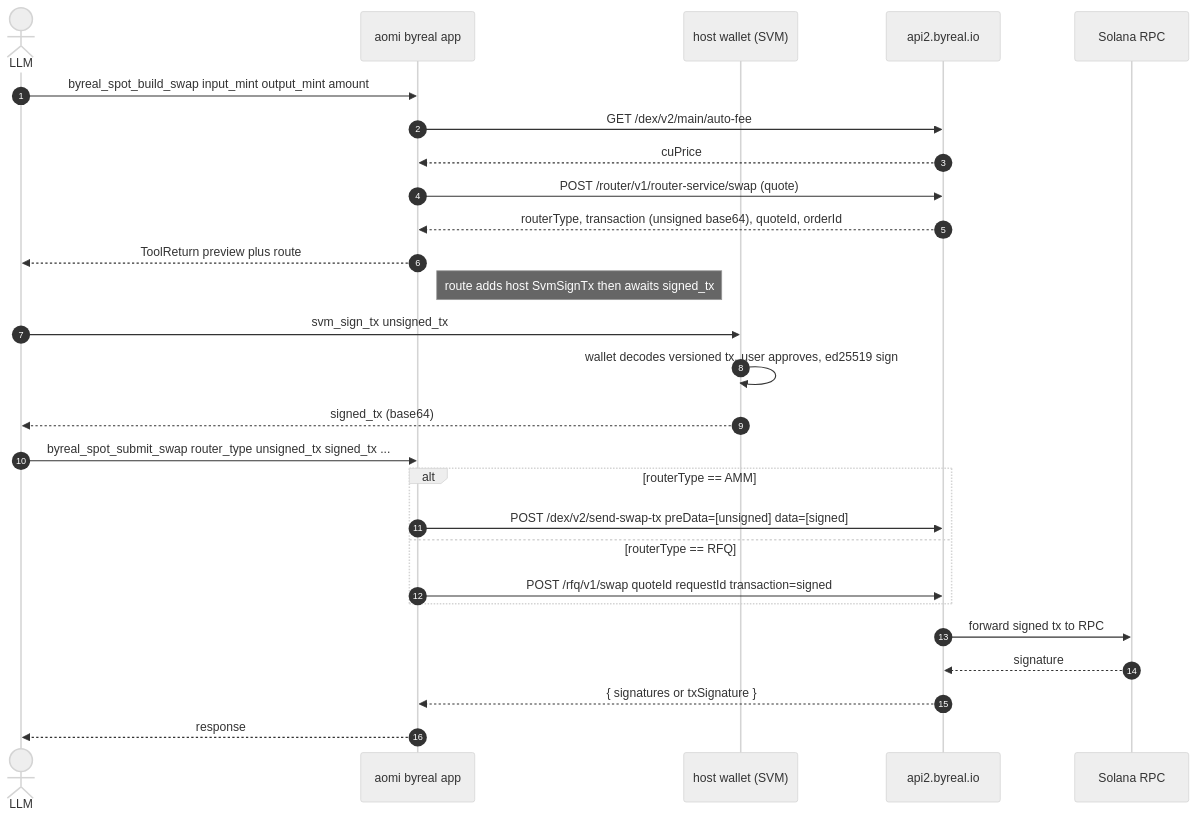
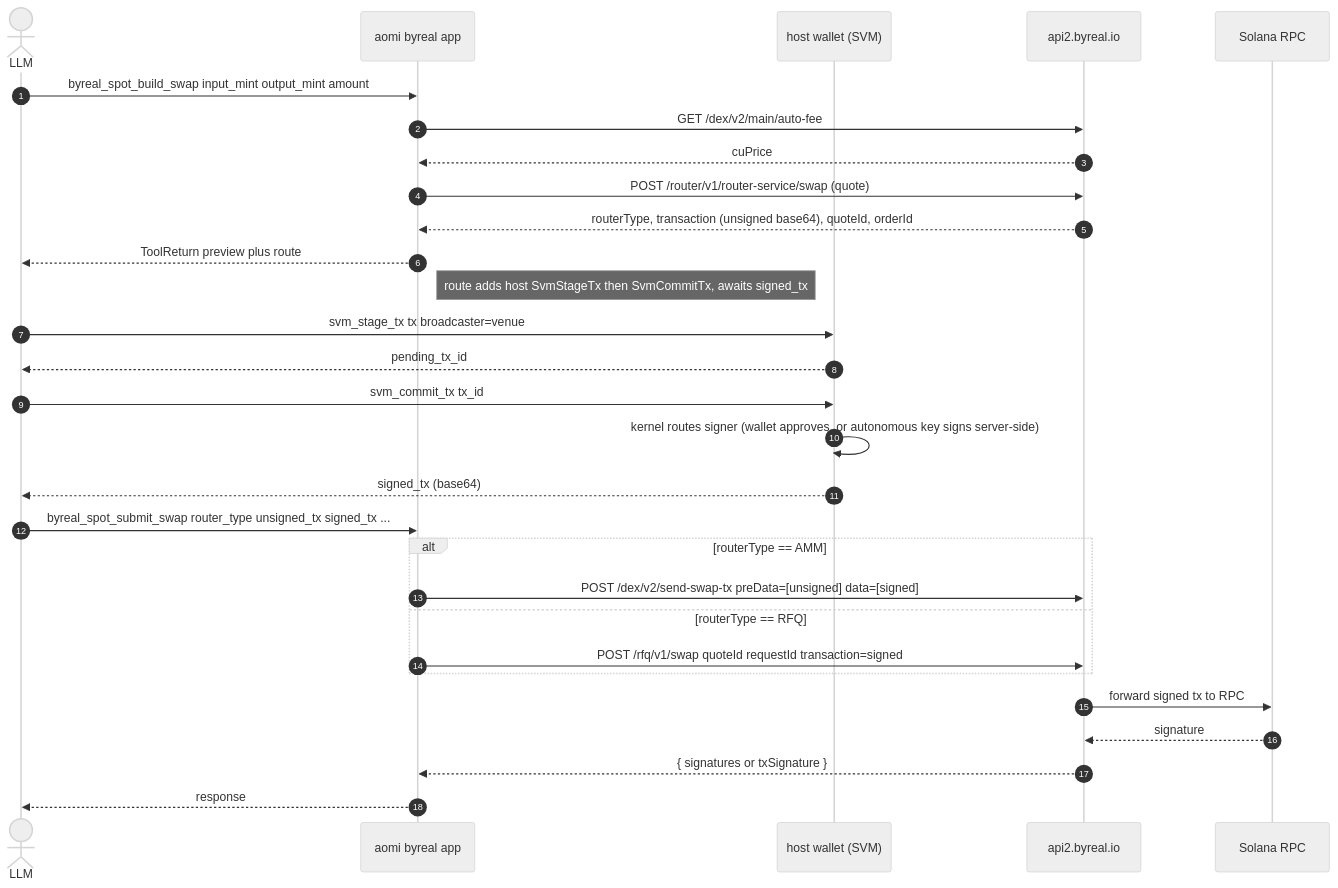
One commit to aomi-labs/aomi-sdk changed the fourth of 6 diagrams in apps/byreal/BYREAL_CLI_FLOWS.md. Above: the diagram before and after it, drawn with Mermaid (neutral theme). The commit also changed other lines of this file and 13 other files, not shown here.

Commit message:
broadcast = { default: "venue", allowed: ["venue", "wallet"] }

````diff
--- a/apps/byreal/BYREAL_CLI_FLOWS.md
+++ b/apps/byreal/BYREAL_CLI_FLOWS.md
@@ -131,33 +131,35 @@
 ```mermaid
 sequenceDiagram
     autonumber
     actor LLM
     participant App as aomi byreal app
     participant Host as host wallet (SVM)
     participant Byreal as api2.byreal.io
     participant Solana as Solana RPC
 
     LLM->>App: byreal_spot_build_swap input_mint output_mint amount
     App->>Byreal: GET /dex/v2/main/auto-fee
     Byreal-->>App: cuPrice
     App->>Byreal: POST /router/v1/router-service/swap (quote)
     Byreal-->>App: routerType, transaction (unsigned base64), quoteId, orderId
 
     App-->>LLM: ToolReturn preview plus route
-    Note right of App: route adds host SvmSignTx then awaits signed_tx
+    Note right of App: route adds host SvmStageTx then SvmCommitTx, awaits signed_tx
 
-    LLM->>Host: svm_sign_tx unsigned_tx
-    Host->>Host: wallet decodes versioned tx, user approves, ed25519 sign
+    LLM->>Host: svm_stage_tx tx broadcaster=venue
+    Host-->>LLM: pending_tx_id
+    LLM->>Host: svm_commit_tx tx_id
+    Host->>Host: kernel routes signer (wallet approves, or autonomous key signs server-side)
     Host-->>LLM: signed_tx (base64)
 
     LLM->>App: byreal_spot_submit_swap router_type unsigned_tx signed_tx ...
     alt routerType == AMM
         App->>Byreal: POST /dex/v2/send-swap-tx preData=[unsigned] data=[signed]
     else routerType == RFQ
         App->>Byreal: POST /rfq/v1/swap quoteId requestId transaction=signed
     end
     Byreal->>Solana: forward signed tx to RPC
     Solana-->>Byreal: signature
     Byreal-->>App: { signatures or txSignature }
     App-->>LLM: response
 ```
````
